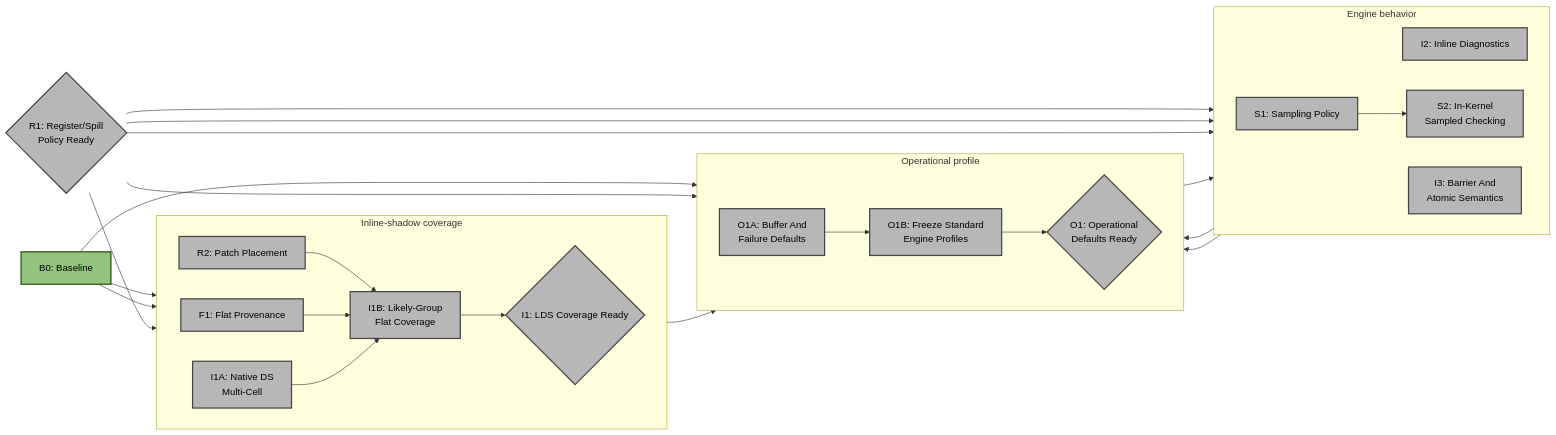
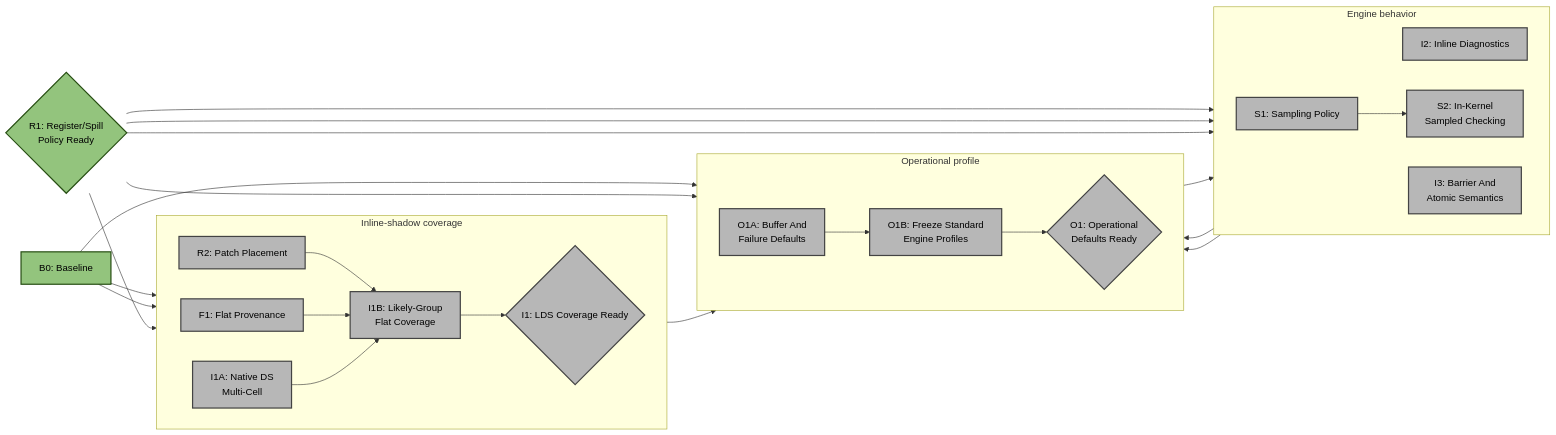
The second of 4 diagrams in emulation/rocjitsu/docs/consan/PLAN.md (ROCm/rocm-systems), drawn with Mermaid before and after one commit. The commit also changed other lines of this file and 6 other files, not shown here.

````diff
--- a/emulation/rocjitsu/docs/consan/PLAN.md
+++ b/emulation/rocjitsu/docs/consan/PLAN.md
@@ -120,56 +120,56 @@
 ```mermaid
 flowchart LR
   B0["B0: Baseline"]:::done
-  R1{"R1: Register/Spill<br/>Policy Ready"}:::todo
+  R1{"R1: Register/Spill<br/>Policy Ready"}:::done
 
   subgraph INLINE["Inline-shadow coverage"]
     direction LR
     R2["R2: Patch Placement"]:::todo
     F1["F1: Flat Provenance"]:::todo
     I1A["I1A: Native DS<br/>Multi-Cell"]:::todo
     I1B["I1B: Likely-Group<br/>Flat Coverage"]:::todo
     I1{"I1: LDS Coverage Ready"}:::todo
 
     R2 --> I1B
     F1 --> I1B
     I1A --> I1B
     I1B --> I1
   end
 
   subgraph BEHAVIOR["Engine behavior"]
     direction LR
     I2["I2: Inline Diagnostics"]:::todo
     I3["I3: Barrier And<br/>Atomic Semantics"]:::todo
     S1["S1: Sampling Policy"]:::todo
     S2["S2: In-Kernel<br/>Sampled Checking"]:::todo
 
     S1 --> S2
   end
 
   subgraph OPS["Operational profile"]
     direction LR
     O1A["O1A: Buffer And<br/>Failure Defaults"]:::todo
     O1B["O1B: Freeze Standard<br/>Engine Profiles"]:::todo
     O1{"O1: Operational<br/>Defaults Ready"}:::todo
 
     O1A --> O1B
     O1B --> O1
   end
 
   B0 --> R2
   B0 --> F1
   B0 --> O1A
   R1 --> I1A
   R1 --> I2
   R1 --> I3
   R1 --> S1
   R1 --> O1B
   O1A --> I2
   I1 --> O1B
   I3 --> O1B
   S1 --> O1B
 
   classDef done fill:#93c47d,stroke:#274e13,stroke-width:2px,color:#000;
   classDef active fill:#ffd966,stroke:#7f6000,stroke-width:2px,color:#000;
   classDef todo fill:#b7b7b7,stroke:#434343,stroke-width:2px,color:#000;
 ```
````
